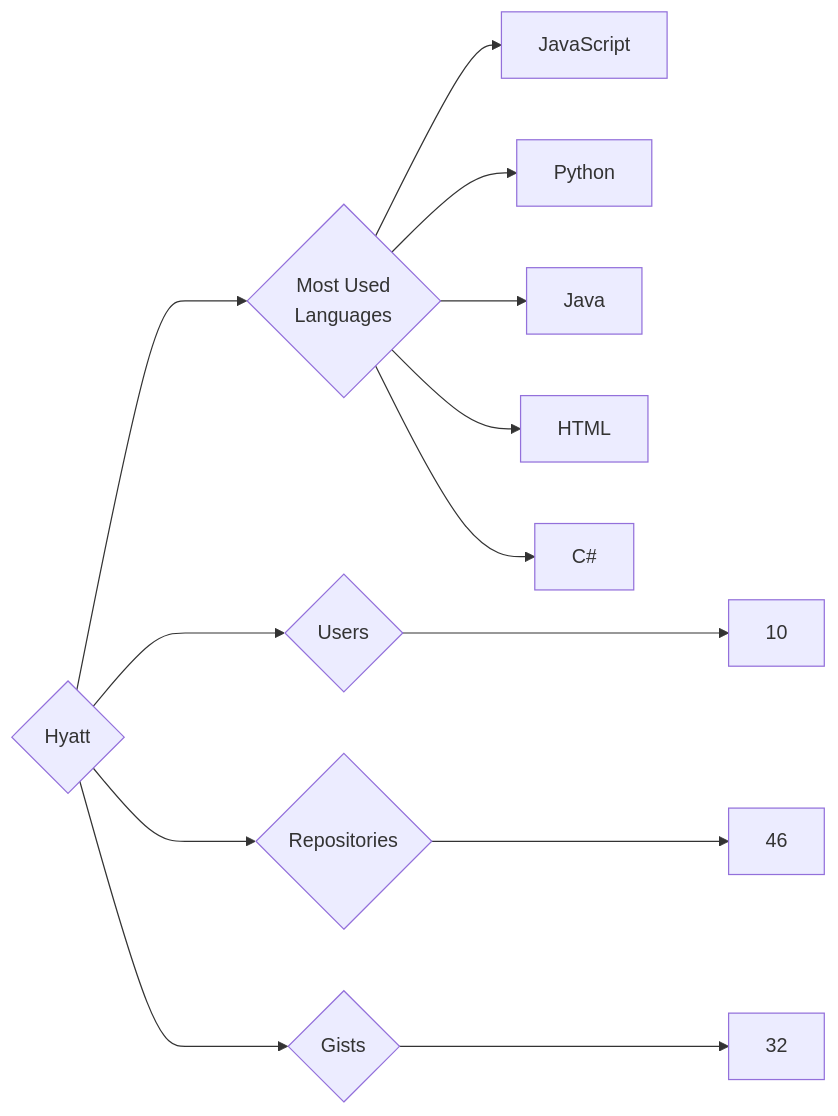
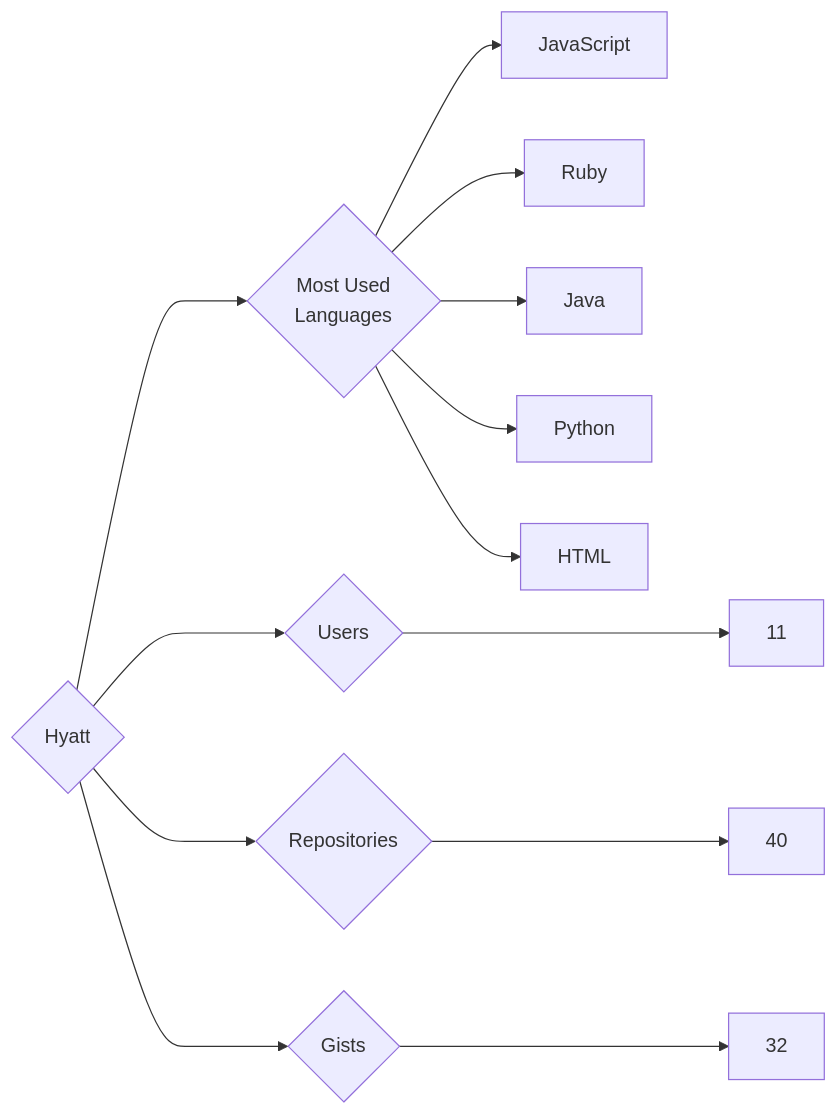
The diagram in targets/Hyatt/README.md (trickest/insiders), drawn with Mermaid before and after one commit. The commit also changed 899 other files, not shown here.

````diff
--- a/targets/Hyatt/README.md
+++ b/targets/Hyatt/README.md
@@ -3,13 +3,13 @@
 ```mermaid
 graph LR
 COMPANY_NAME{Hyatt}
-COMPANY_NAME ---> U{Users} ---> UN[10]
-COMPANY_NAME ---> R{Repositories} ---> RN[46]
+COMPANY_NAME ---> U{Users} ---> UN[11]
+COMPANY_NAME ---> R{Repositories} ---> RN[40]
 COMPANY_NAME ---> G{Gists} ---> GN[32]
 COMPANY_NAME ---> ML{Most Used<br>Languages}
 ML --> JavaScript[JavaScript]
+ML --> Ruby[Ruby]
+ML --> Java[Java]
 ML --> Python[Python]
-ML --> Java[Java]
 ML --> HTML[HTML]
-ML --> C#[C#]
 ```
````
